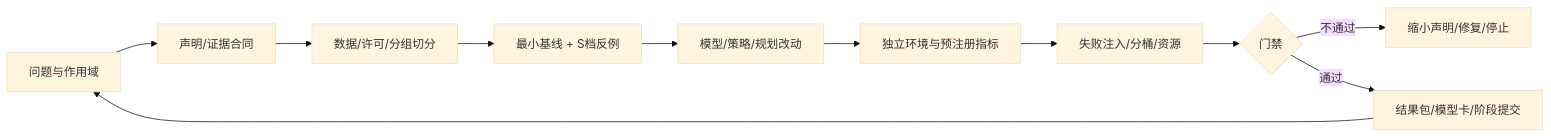
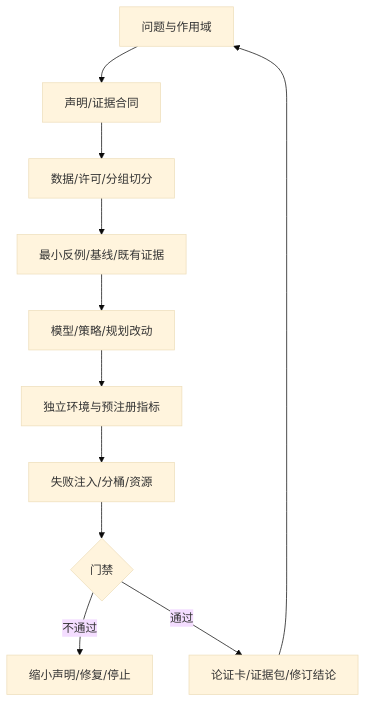
The diagram in docs/part-07-capstone/ch22-auditable-capstone.md (dollarser/world-models-and-embodied-ai-book), drawn with Mermaid (base theme) before and after one commit. The commit also changed other lines of this file and 46 other files, not shown here.

````diff
--- a/docs/part-07-capstone/ch22-auditable-capstone.md
+++ b/docs/part-07-capstone/ch22-auditable-capstone.md
@@ -52,15 +53,15 @@
 ```mermaid
-flowchart LR
+flowchart TB
     accTitle: FIG-22-01 综合项目的可审计闭环
     accDescr: 可证伪问题连接冻结协议、实现、数据与结果资产，四类审查和安全资源门禁决定发布、修订或停止，失败门禁也保留为有效负结果。
     Q[问题与作用域] --> C[声明/证据合同]
     C --> D[数据/许可/分组切分]
-    D --> B[最小基线 + S档反例]
+    D --> B[最小反例/基线/既有证据]
     B --> M[模型/策略/规划改动]
     M --> E[独立环境与预注册指标]
     E --> F[失败注入/分桶/资源]
     F --> A{门禁}
     A -->|不通过| R[缩小声明/修复/停止]
-    A -->|通过| P[结果包/模型卡/阶段提交]
+    A -->|通过| P[论证卡/证据包/修订结论]
     P --> Q
 ```
````
